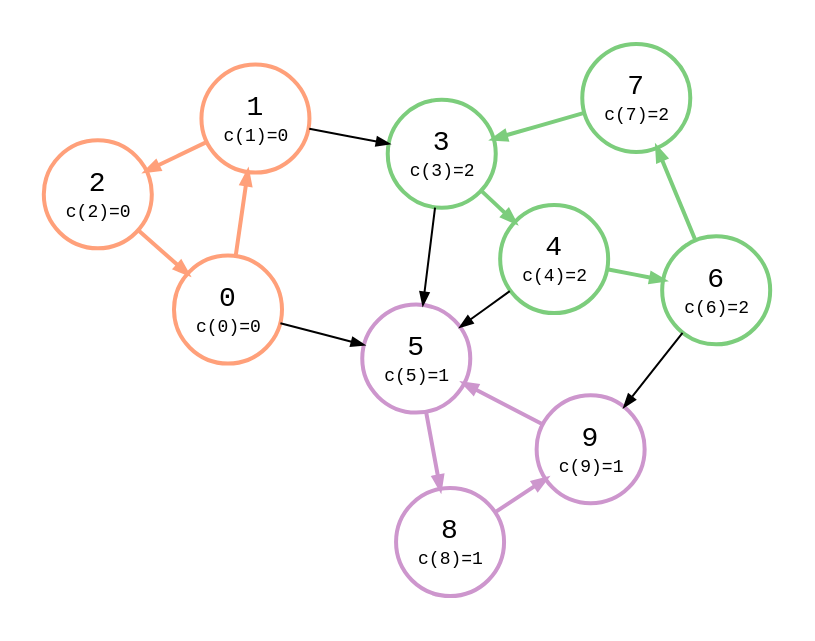
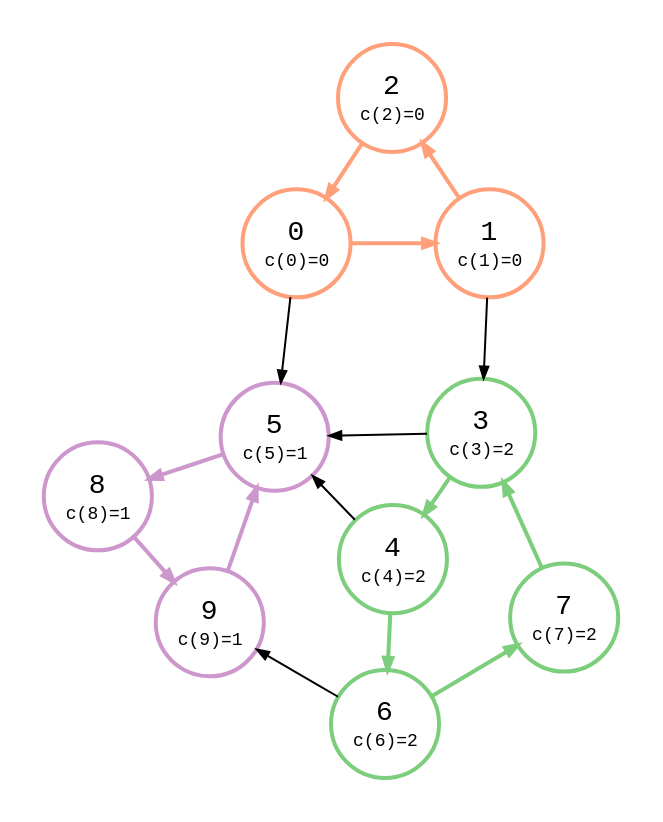
Before and after one commit to bsdrks/graaf-images: the diagram in src/bfs_pred_cycles_1-0.88.6.dot, drawn with Graphviz. The commit also changed 3 other files, not shown here.

```diff
--- a/src/bfs_pred_cycles_1-0.88.6.dot
+++ b/src/bfs_pred_cycles_1-0.88.6.dot
@@ -1,167 +1,168 @@
 digraph {
     node [shape=circle; style=bold; fontname="monospace"; fixedsize=true; width="0.75"];
     edge [arrowsize=0.6; fontname="monospace"; fontsize=9];
     layout=neato;
     mode="sgd";
+    maxiter=100000;
     scale=1.2;
-    // normalize=true;
+    normalize=true;
     pad=0.2;
     splines=line
 
     0 [
         label=<
             <table border="0" cellpadding="1" cellspacing="0">
                 <tr>
                     <td>0</td>
                 </tr>
                 <tr>
                     <td><font point-size="9">c(0)=0</font></td>
                 </tr>
             </table>
         >;
         color=lightsalmon;
     ];
 
     1 [
         label=<
             <table border="0" cellpadding="1" cellspacing="0">
                 <tr>
                     <td>1</td>
                 </tr>
                 <tr>
                     <td><font point-size="9">c(1)=0</font></td>
                 </tr>
             </table>
         >;
         color=lightsalmon;
     ];
 
     2 [
         label=<
             <table border="0" cellpadding="1" cellspacing="0">
                 <tr>
                     <td>2</td>
                 </tr>
                 <tr>
                     <td><font point-size="9">c(2)=0</font></td>
                 </tr>
             </table>
         >;
         color=lightsalmon;
     ];
 
     3 [
         label=<
             <table border="0" cellpadding="1" cellspacing="0">
                 <tr>
                     <td>3</td>
                 </tr>
                 <tr>
                     <td><font point-size="9">c(3)=2</font></td>
                 </tr>
             </table>
         >;
         color=palegreen3;
     ];
 
     4 [
         label=<
             <table border="0" cellpadding="1" cellspacing="0">
                 <tr>
                     <td>4</td>
                 </tr>
                 <tr>
                     <td><font point-size="9">c(4)=2</font></td>
                 </tr>
             </table>
         >;
         color=palegreen3;
     ];
 
     5 [
         label=<
             <table border="0" cellpadding="1" cellspacing="0">
                 <tr>
                     <td>5</td>
                 </tr>
                 <tr>
                     <td><font point-size="9">c(5)=1</font></td>
                 </tr>
             </table>
         >;
         color=plum3;
     ];
 
     6 [
         label=<
             <table border="0" cellpadding="1" cellspacing="0">
                 <tr>
                     <td>6</td>
                 </tr>
                 <tr>
                     <td><font point-size="9">c(6)=2</font></td>
                 </tr>
             </table>
         >;
         color=palegreen3;
     ];
 
     7 [
         label=<
             <table border="0" cellpadding="1" cellspacing="0">
                 <tr>
                     <td>7</td>
                 </tr>
                 <tr>
                     <td><font point-size="9">c(7)=2</font></td>
                 </tr>
             </table>
         >;
         color=palegreen3;
     ];
 
     8 [
         label=<
             <table border="0" cellpadding="1" cellspacing="0">
                 <tr>
                     <td>8</td>
                 </tr>
                 <tr>
                     <td><font point-size="9">c(8)=1</font></td>
                 </tr>
             </table>
         >;
         color=plum3;
     ];
 
     9 [
         label=<
             <table border="0" cellpadding="1" cellspacing="0">
                 <tr>
                     <td>9</td>
                 </tr>
                 <tr>
                     <td><font point-size="9">c(9)=1</font></td>
                 </tr>
             </table>
         >;
         color=plum3;
     ];
 
 
     0 -> 1 [color=lightsalmon; style=bold];
     1 -> 2 [color=lightsalmon; style=bold];
     1 -> 3 [color="#bbb"];
     2 -> 0 [color=lightsalmon; style=bold];
     3 -> 4 [color=palegreen3; style=bold];
     3 -> 5 [color="#bbb"];
     4 -> 5 [color="#bbb"];
     4 -> 6 [color=palegreen3; style=bold];
     6 -> 7 [color=palegreen3; style=bold];
     7 -> 3 [color=palegreen3; style=bold];
     5 -> 8 [color=plum3; style=bold];
     8 -> 9 [color=plum3; style=bold];
     9 -> 5 [color=plum3; style=bold];
     0 -> 5 [color="#bbb"];
     6 -> 9 [color="#bbb"];
 }
```
